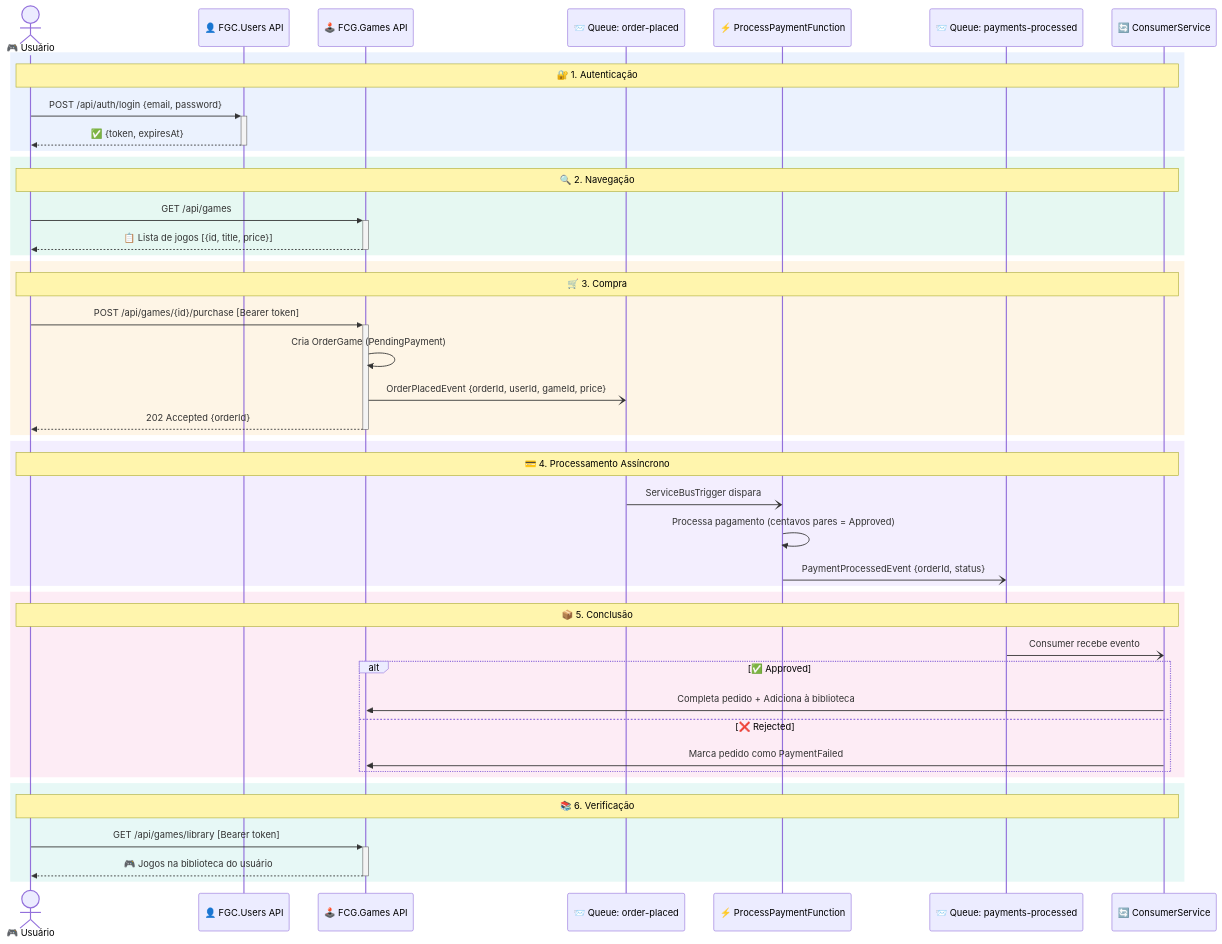
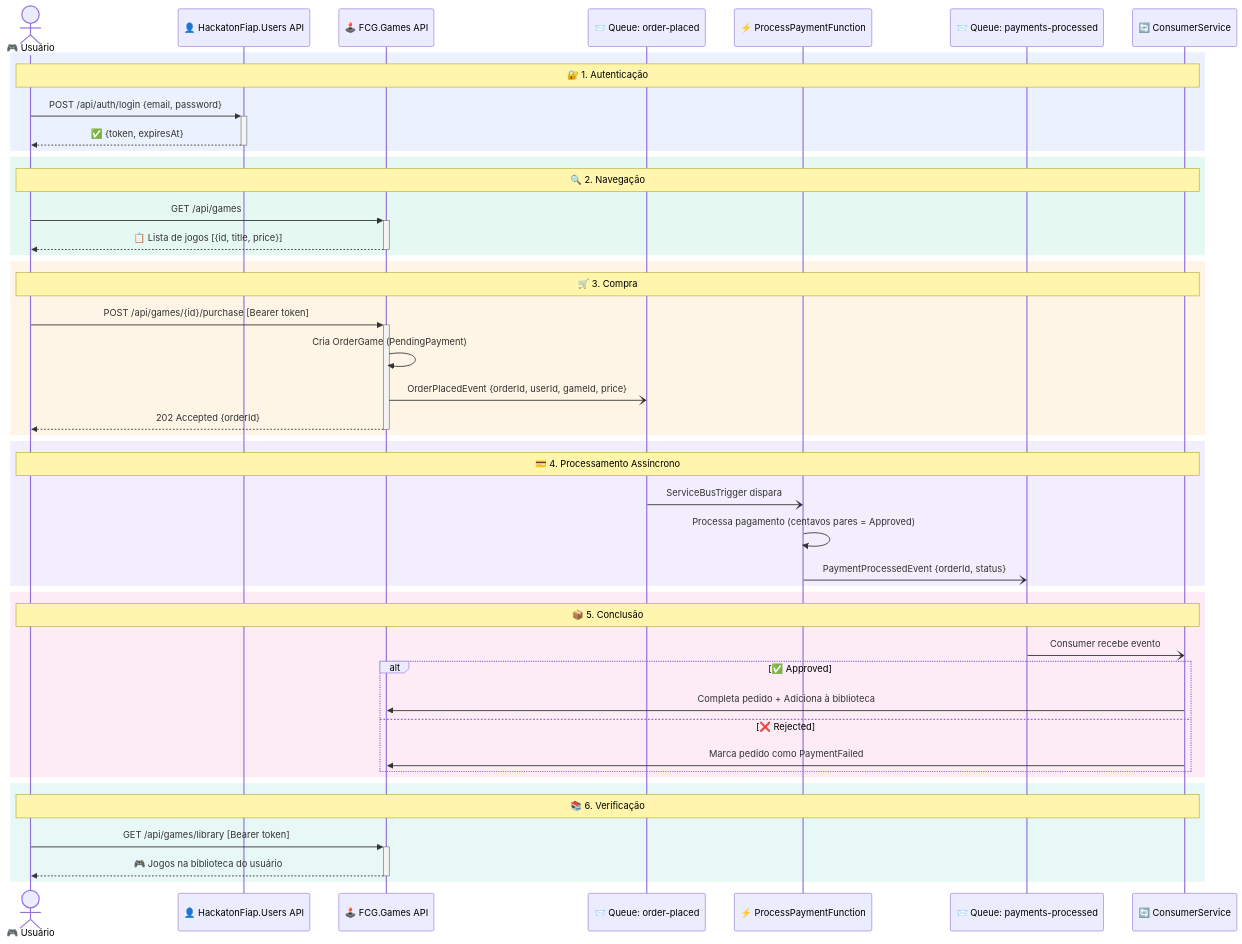
One commit to GabrielVeridico/hackaton-fiap-users changed the third of 7 diagrams in docs/ARCHITECTURE.md. Above: the diagram before and after it, drawn with Mermaid. The commit also changed other lines of this file and 128 other files, not shown here.

Commit message:
refactor: renomeia FGC.Users para HackatonFiap.Users

````diff
--- a/docs/ARCHITECTURE.md
+++ b/docs/ARCHITECTURE.md
@@ -90,53 +90,53 @@
 ```mermaid
 sequenceDiagram
     actor U as 🎮 Usuário
-    participant UA as 👤 FGC.Users API
+    participant UA as 👤 HackatonFiap.Users API
     participant GA as 🕹️ FCG.Games API
     participant Q1 as 📨 Queue: order-placed
     participant PF as ⚡ ProcessPaymentFunction
     participant Q2 as 📨 Queue: payments-processed
     participant CS as 🔄 ConsumerService
 
     rect rgb(59, 130, 246, 0.1)
         Note over U,CS: 🔐 1. Autenticação
         U->>+UA: POST /api/auth/login {email, password}
         UA-->>-U: ✅ {token, expiresAt}
     end
 
     rect rgb(16, 185, 129, 0.1)
         Note over U,CS: 🔍 2. Navegação
         U->>+GA: GET /api/games
         GA-->>-U: 📋 Lista de jogos [{id, title, price}]
     end
 
     rect rgb(245, 158, 11, 0.1)
         Note over U,CS: 🛒 3. Compra
         U->>+GA: POST /api/games/{id}/purchase [Bearer token]
         GA->>GA: Cria OrderGame (PendingPayment)
         GA-)Q1: OrderPlacedEvent {orderId, userId, gameId, price}
         GA-->>-U: 202 Accepted {orderId}
     end
 
     rect rgb(139, 92, 246, 0.1)
         Note over U,CS: 💳 4. Processamento Assíncrono
         Q1-)PF: ServiceBusTrigger dispara
         PF->>PF: Processa pagamento (centavos pares = Approved)
         PF-)Q2: PaymentProcessedEvent {orderId, status}
     end
 
     rect rgb(236, 72, 153, 0.1)
         Note over U,CS: 📦 5. Conclusão
         Q2-)CS: Consumer recebe evento
         alt ✅ Approved
             CS->>GA: Completa pedido + Adiciona à biblioteca
         else ❌ Rejected
             CS->>GA: Marca pedido como PaymentFailed
         end
     end
 
     rect rgb(20, 184, 166, 0.1)
         Note over U,CS: 📚 6. Verificação
         U->>+GA: GET /api/games/library [Bearer token]
         GA-->>-U: 🎮 Jogos na biblioteca do usuário
     end
 ```
````
